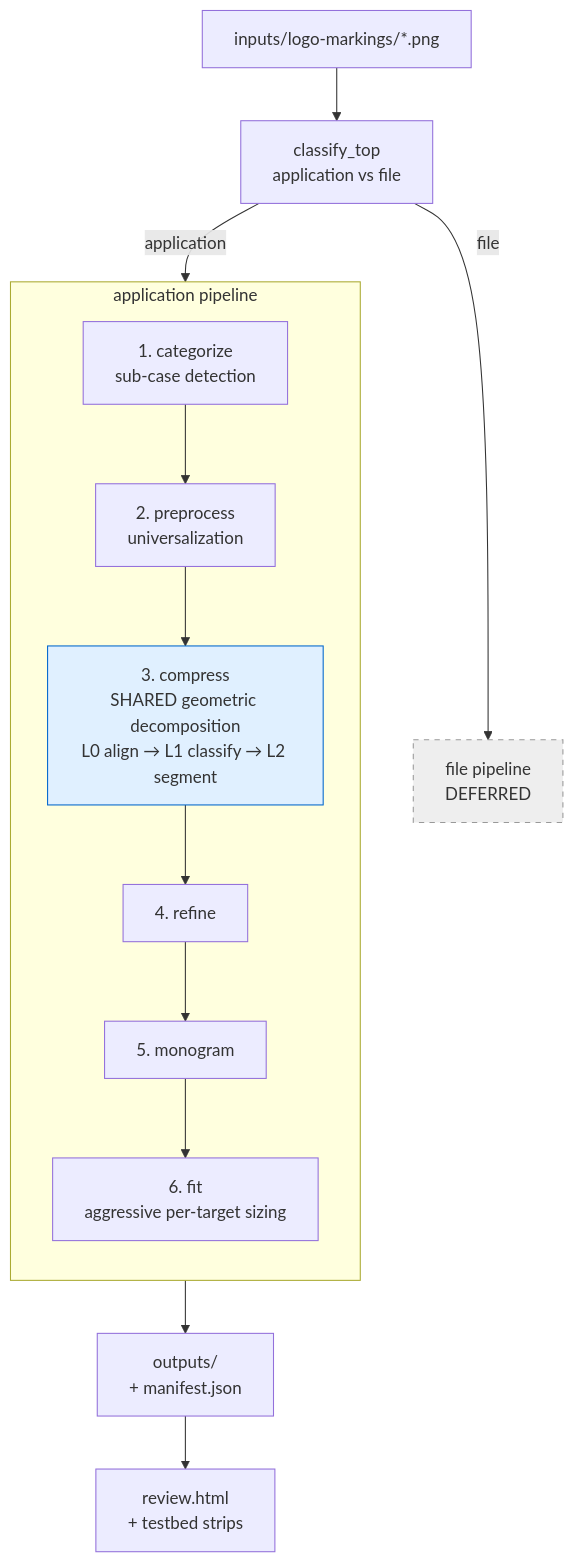
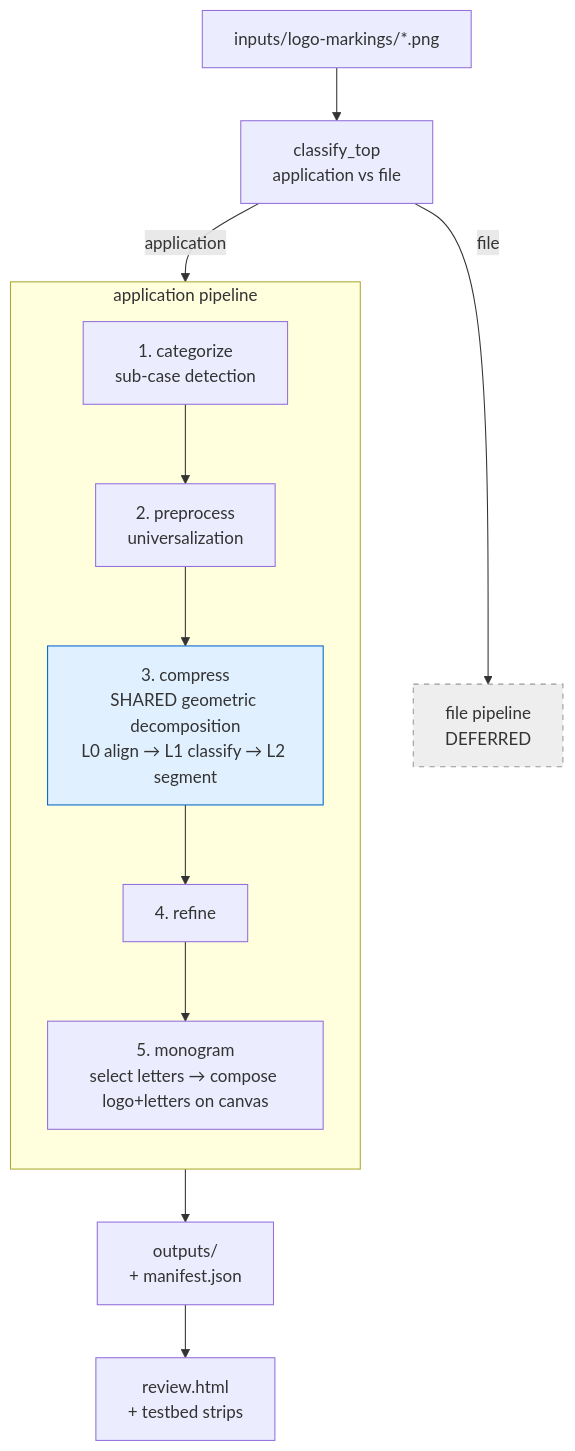
One commit to hb-1968/iconograph-algorithm changed the first of 2 diagrams in README.md. Above: the diagram before and after it, drawn with Mermaid. The commit also changed other lines of this file and 14 other files, not shown here.

````diff
--- a/README.md
+++ b/README.md
@@ -11,23 +11,22 @@
 ```mermaid
 flowchart TB
     A[inputs/logo-markings/*.png] --> TS[classify_top<br/>application vs file]
     TS -->|file| FT[file pipeline<br/>DEFERRED]
     TS -->|application| S1
 
     subgraph APP[application pipeline]
       direction TB
       S1[1. categorize<br/>sub-case detection] --> S2[2. preprocess<br/>universalization]
       S2 --> S3[3. compress<br/>SHARED geometric decomposition<br/>L0 align → L1 classify → L2 segment]
       S3 --> S4[4. refine]
-      S4 --> S5[5. monogram]
-      S5 --> S6[6. fit<br/>aggressive per-target sizing]
+      S4 --> S5[5. monogram<br/>select letters → compose logo+letters on canvas]
     end
 
-    S6 --> OUT[outputs/<br/>+ manifest.json]
+    S5 --> OUT[outputs/<br/>+ manifest.json]
     OUT --> RV[review.html<br/>+ testbed strips]
 
     classDef shared fill:#e0f0ff,stroke:#06c
     classDef deferred fill:#eee,stroke:#999,stroke-dasharray:5 5
     class S3 shared
     class FT deferred
 ```
````
